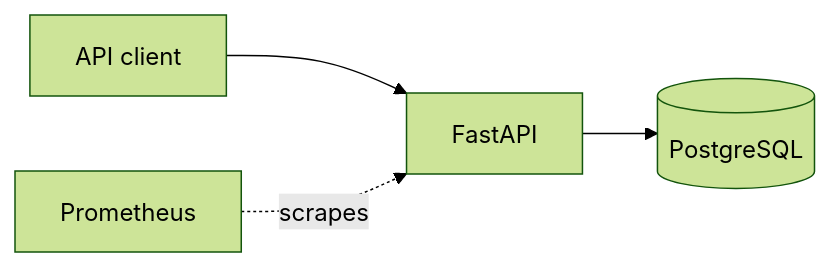
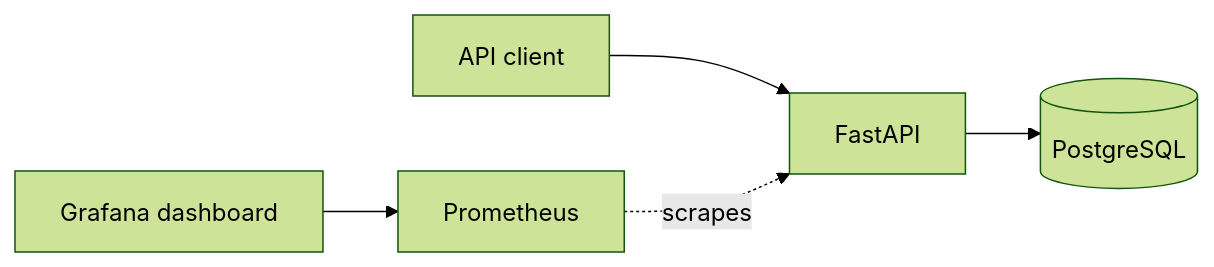
One commit to perumandlahemakumari-DevOps/parcelops changed the diagram in README.md. Above: the diagram before and after it, drawn with Mermaid (forest theme). The commit also changed other lines of this file and 4 other files, not shown here.

Commit message:
Add Grafana service dashboard

````diff
--- a/README.md
+++ b/README.md
@@ -53,6 +58,7 @@
 ```mermaid
 flowchart LR
   Client[API client] --> API[FastAPI]
   API --> DB[(PostgreSQL)]
   Prom[Prometheus] -. scrapes .-> API
+  Grafana[Grafana dashboard] --> Prom
 ```
````
